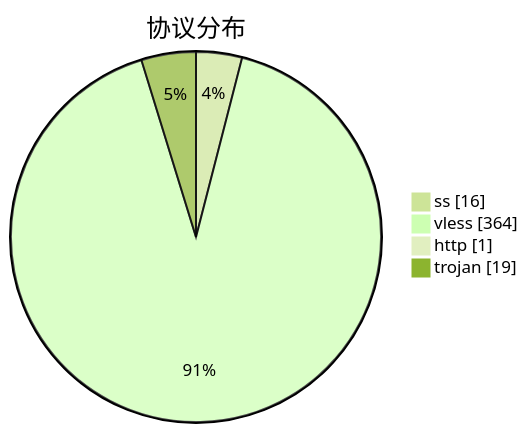
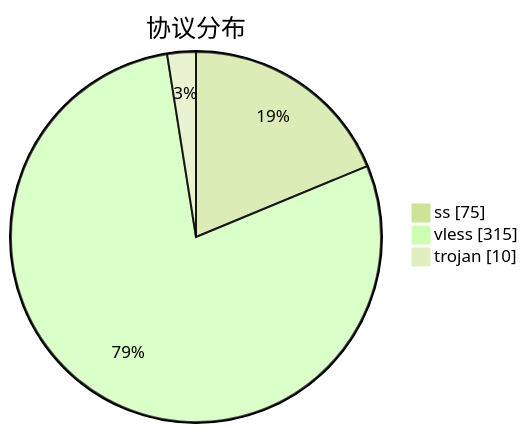
One commit to qjlxg/airport changed the third of 3 diagrams in subs/statistics/tested_within.md. Above: the diagram before and after it, drawn with Mermaid (forest theme). The commit also changed other lines of this file and 2 other files, not shown here.

````diff
--- a/subs/statistics/tested_within.md
+++ b/subs/statistics/tested_within.md
@@ -29,8 +28,7 @@
 ```mermaid
 pie showData
 title 协议分布
-"ss" : 16
-"vless" : 364
-"http" : 1
-"trojan" : 19
+"ss" : 75
+"vless" : 315
+"trojan" : 10
 ```
````
